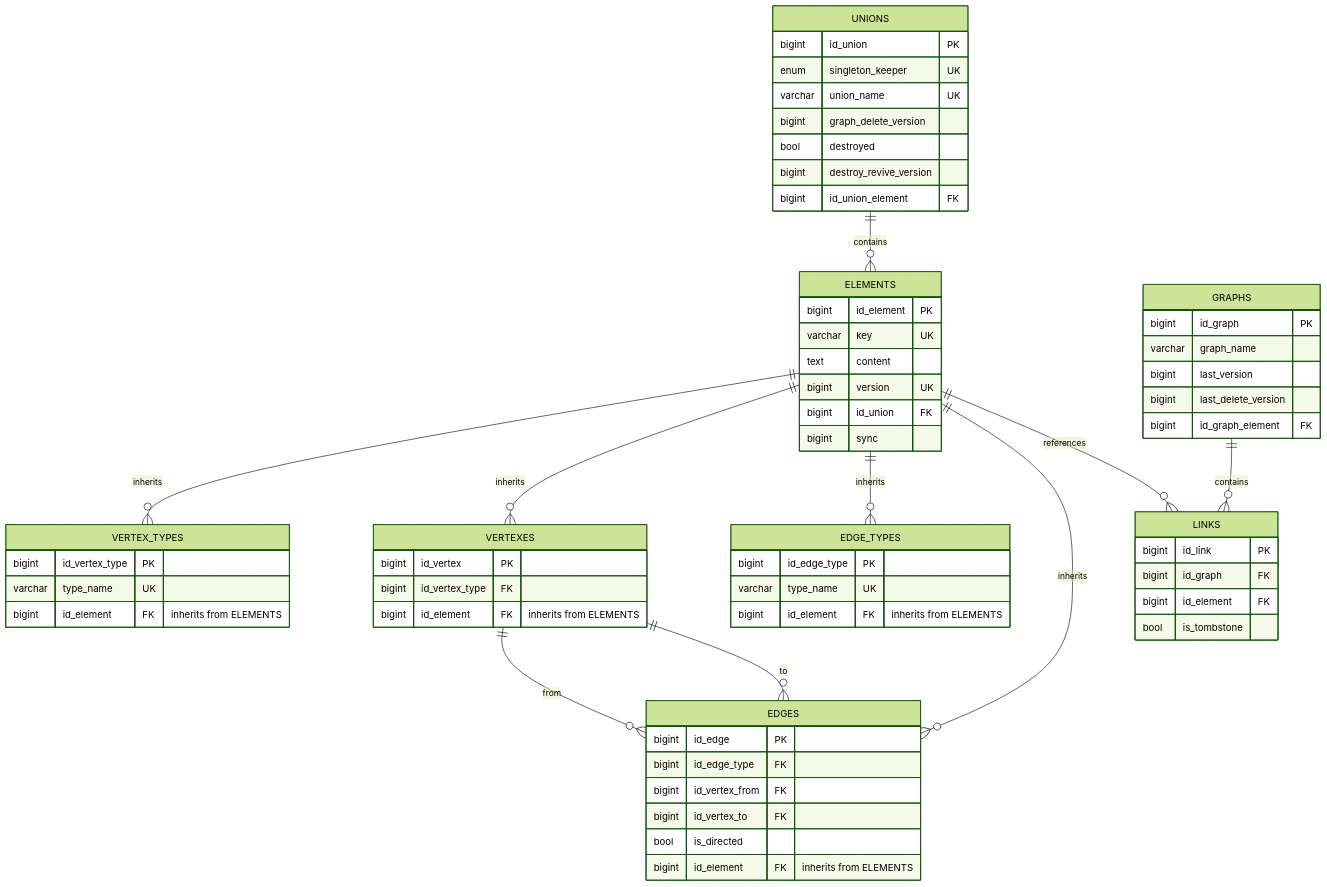
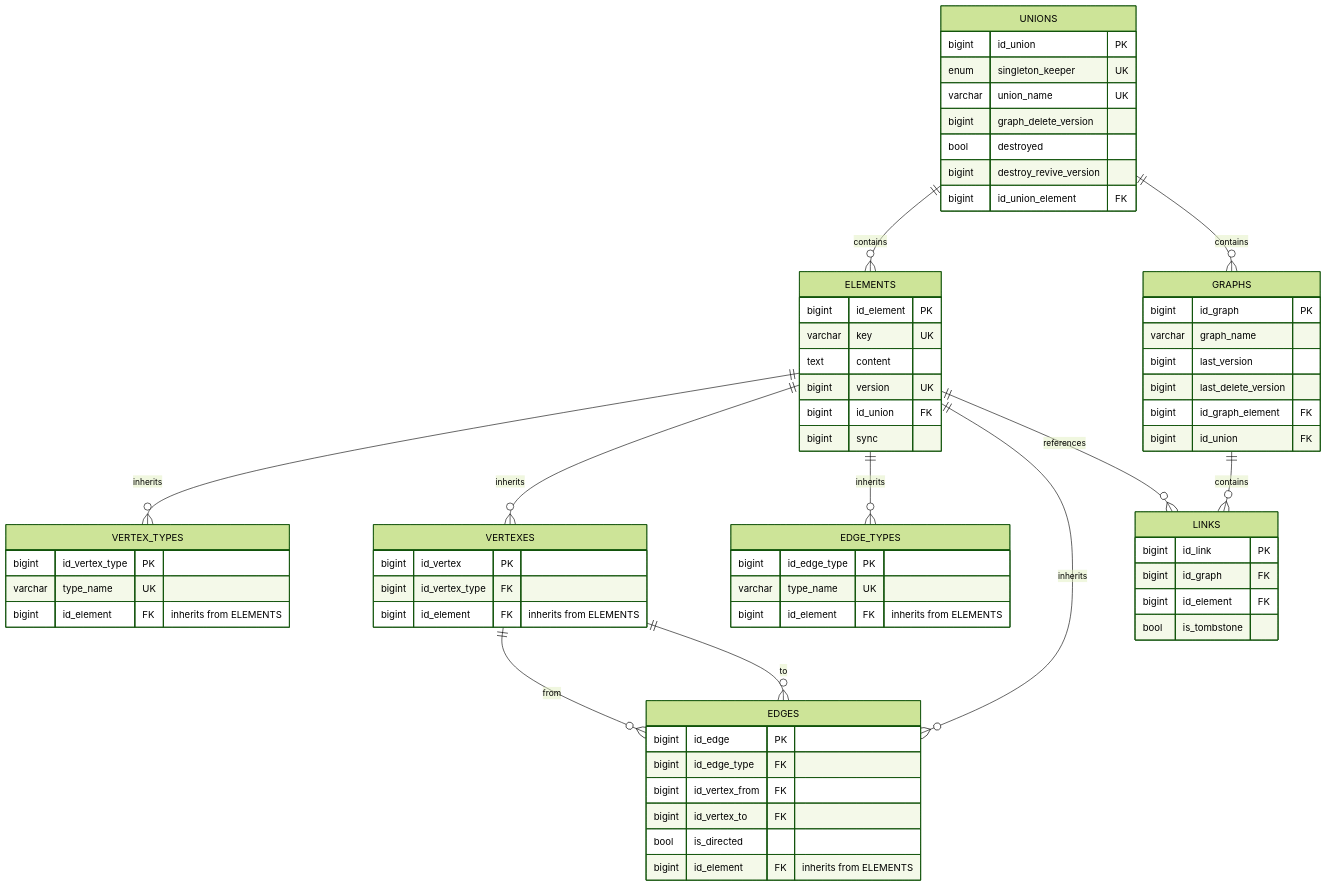
One commit to flower-org/ViUn changed the diagram in ViUn source DB (legacy).md. Above: the diagram before and after it, drawn with Mermaid (forest theme).

Commit message:
ER diagram updated

````diff
--- a/ViUn source DB (legacy).md
+++ b/ViUn source DB (legacy).md
@@ -5,72 +5,74 @@
 ```mermaid
 erDiagram
     UNIONS ||--o{ ELEMENTS : contains
+    UNIONS ||--o{ GRAPHS : contains
     UNIONS {
         bigint id_union PK
         enum singleton_keeper UK
         varchar union_name UK
         bigint graph_delete_version
         bool destroyed
         bigint destroy_revive_version
         bigint id_union_element FK
     }
 
     ELEMENTS ||--o{ VERTEX_TYPES : "inherits"
     ELEMENTS ||--o{ VERTEXES : "inherits"
     ELEMENTS ||--o{ EDGE_TYPES : "inherits"
     ELEMENTS ||--o{ EDGES : "inherits"
     ELEMENTS ||--o{ LINKS : references
     ELEMENTS {
         bigint id_element PK
         varchar key UK
         text content
         bigint version UK
         bigint id_union FK
         bigint sync
     }
 
     VERTEX_TYPES {
         bigint id_vertex_type PK
         varchar type_name UK
         bigint id_element FK "inherits from ELEMENTS"
     }
 
     VERTEXES ||--o{ EDGES : "from"
     VERTEXES ||--o{ EDGES : "to"
     VERTEXES {
         bigint id_vertex PK
         bigint id_vertex_type FK
         bigint id_element FK "inherits from ELEMENTS"
     }
 
     EDGE_TYPES {
         bigint id_edge_type PK
         varchar type_name UK
         bigint id_element FK "inherits from ELEMENTS"
     }
 
     EDGES {
         bigint id_edge PK
         bigint id_edge_type FK
         bigint id_vertex_from FK
         bigint id_vertex_to FK
         bool is_directed
         bigint id_element FK "inherits from ELEMENTS"
     }
 
     GRAPHS ||--o{ LINKS : contains
     GRAPHS {
         bigint id_graph PK
         varchar graph_name
         bigint last_version
         bigint last_delete_version
         bigint id_graph_element FK
+        bigint id_union FK
     }
 
     LINKS {
         bigint id_link PK
         bigint id_graph FK
         bigint id_element FK
         bool is_tombstone
     }
 ```
````
